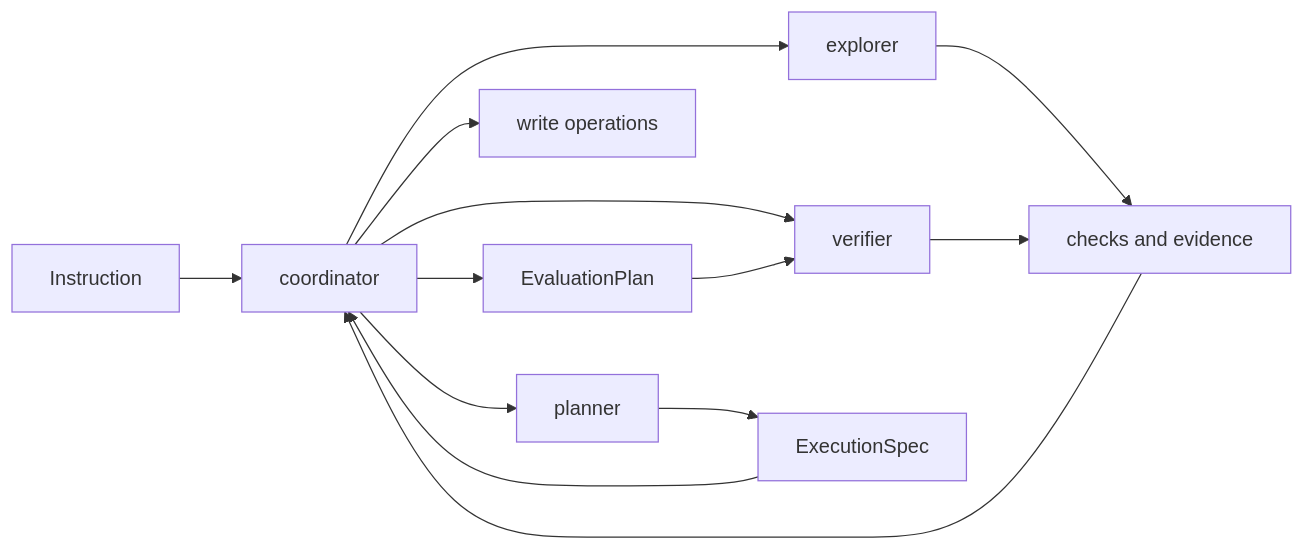
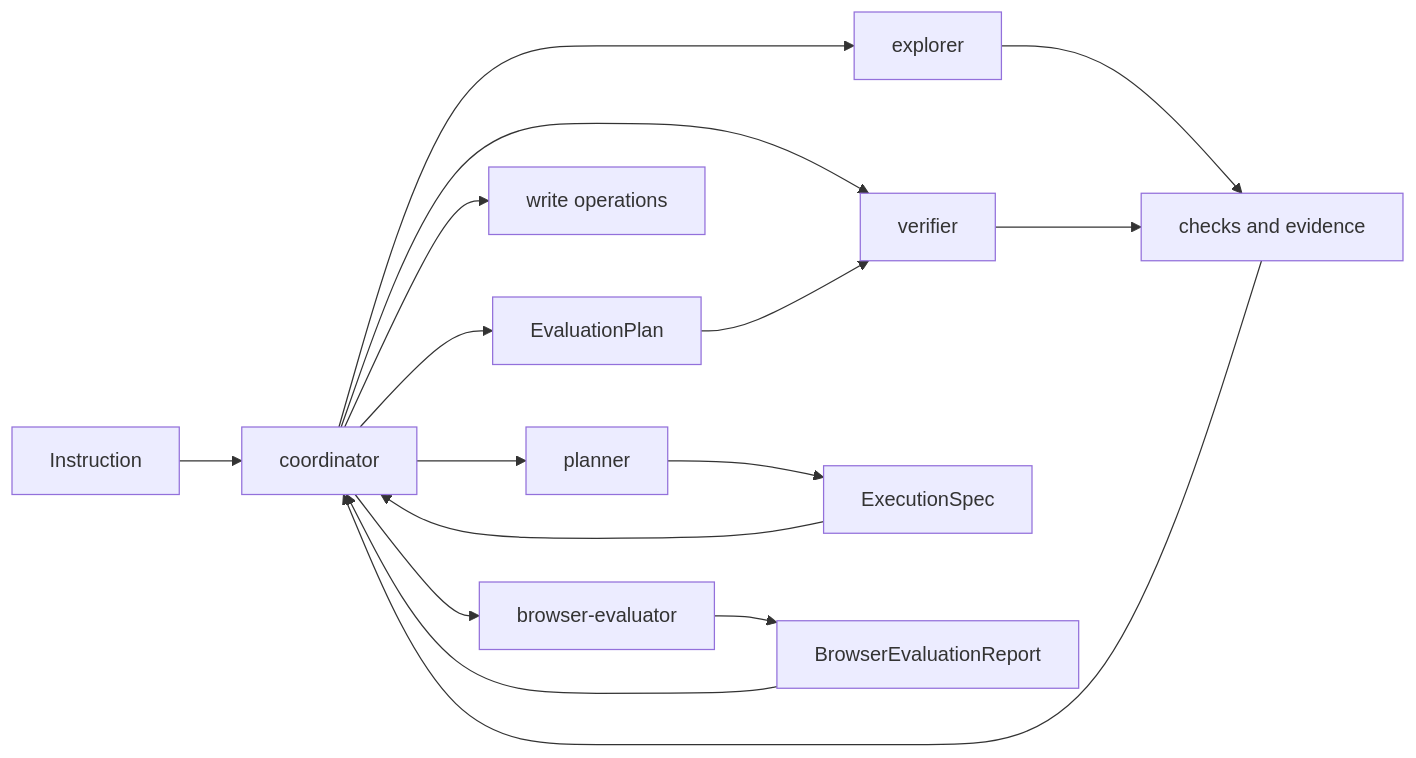
Before and after one commit to thisisyoussef/shipyard: the diagram in shipyard/src/agents/README.md, drawn with Mermaid. The commit also changed other lines of this file and 9 other files, not shown here.

Commit message:
feat: add browser evaluator for previewable targets

````diff
--- a/shipyard/src/agents/README.md
+++ b/shipyard/src/agents/README.md
@@ -28,25 +31,30 @@
 ```mermaid
 flowchart LR
   Instruction["Instruction"]
   Coordinator["coordinator"]
   Explorer["explorer"]
   Planner["planner"]
   Verifier["verifier"]
+  BrowserEval["browser-evaluator"]
   Writes["write operations"]
   Checks["checks and evidence"]
   Spec["ExecutionSpec"]
   Eval["EvaluationPlan"]
+  BrowserEvidence["BrowserEvaluationReport"]
 
   Instruction --> Coordinator
   Coordinator --> Explorer
   Coordinator --> Planner
   Coordinator --> Verifier
+  Coordinator --> BrowserEval
   Coordinator --> Writes
   Explorer --> Checks
   Planner --> Spec
   Spec --> Coordinator
   Coordinator --> Eval
   Eval --> Verifier
   Verifier --> Checks
+  BrowserEval --> BrowserEvidence
+  BrowserEvidence --> Coordinator
   Checks --> Coordinator
 ```
````
